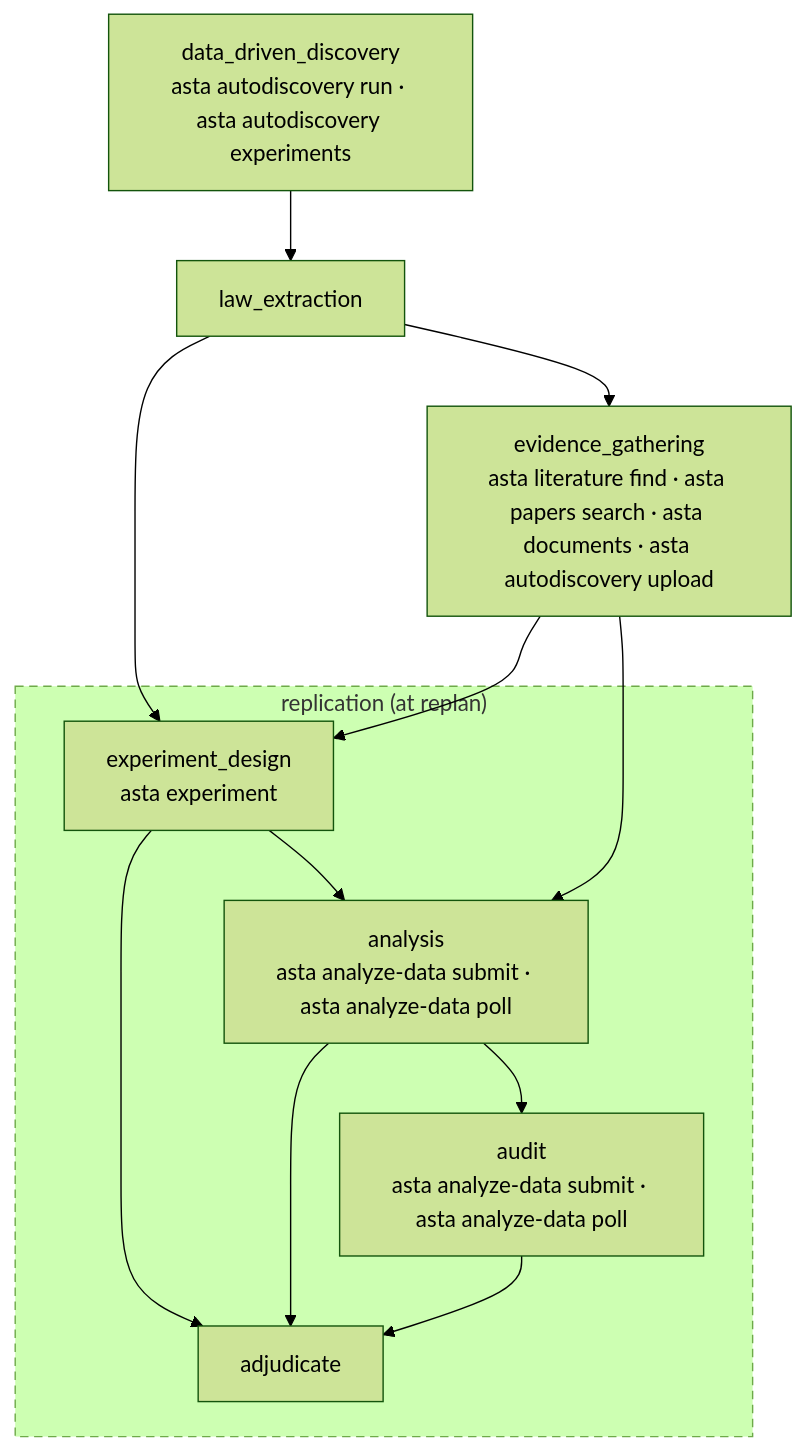
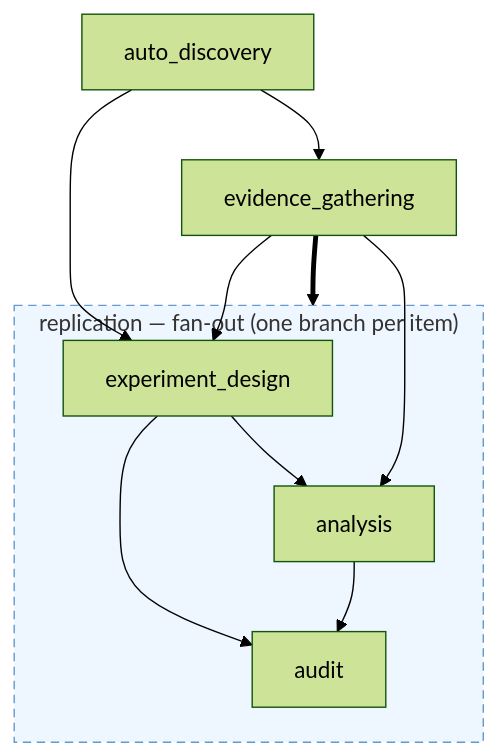
Before and after one commit to allenai/asta-plugins: the diagram in plugins/asta-preview/skills/research-step/assets/compiled/reproduction.mmd, drawn with Mermaid (forest theme). The commit also changed 128 other files, not shown here.

```diff
--- a/plugins/asta-preview/skills/research-step/assets/compiled/reproduction.mmd
+++ b/plugins/asta-preview/skills/research-step/assets/compiled/reproduction.mmd
@@ -1,26 +1,20 @@
 %% reproduction — generated by scripts/compile-schemas.py from assets/schemas.yaml; do not edit
-%% solid arrows: input wiring · dashed: inputs satisfied outside this flow
+%% thick ==> : a loop's child order  ·  thin --> : data input  ·  dashed: input from outside this loop
 flowchart TD
-  classDef replan stroke-dasharray: 6 4
-  classDef embed fill:#eef6ff,stroke:#6699cc
   classDef external stroke-dasharray: 3 3,color:#888888
-  data_driven_discovery["data_driven_discovery<br/>asta autodiscovery run · asta autodiscovery experiments"]
-  law_extraction["law_extraction"]
-  evidence_gathering["evidence_gathering<br/>asta literature find · asta papers search · asta documents · asta autodiscovery upload"]
-  subgraph replication["replication (at replan)"]
-    replication__experiment_design["experiment_design<br/>asta experiment"]
-    replication__analysis["analysis<br/>asta analyze-data submit · asta analyze-data poll"]
-    replication__audit["audit<br/>asta analyze-data submit · asta analyze-data poll"]
-    replication__adjudicate["adjudicate"]
+  auto_discovery["auto_discovery"]
+  evidence_gathering["evidence_gathering"]
+  subgraph replication["replication — fan-out (one branch per item)"]
+    replication__experiment_design["experiment_design"]
+    replication__analysis["analysis"]
+    replication__audit["audit"]
   end
-  class replication replan
-  data_driven_discovery --> law_extraction
-  law_extraction --> evidence_gathering
-  law_extraction --> replication__experiment_design
+  evidence_gathering ==> replication
+  auto_discovery --> evidence_gathering
+  auto_discovery --> replication__experiment_design
   evidence_gathering --> replication__experiment_design
   replication__experiment_design --> replication__analysis
   evidence_gathering --> replication__analysis
+  replication__experiment_design --> replication__audit
   replication__analysis --> replication__audit
-  replication__experiment_design --> replication__adjudicate
-  replication__analysis --> replication__adjudicate
-  replication__audit --> replication__adjudicate
+  style replication fill:#eef6ff,stroke:#6699cc,stroke-dasharray: 6 4
```
